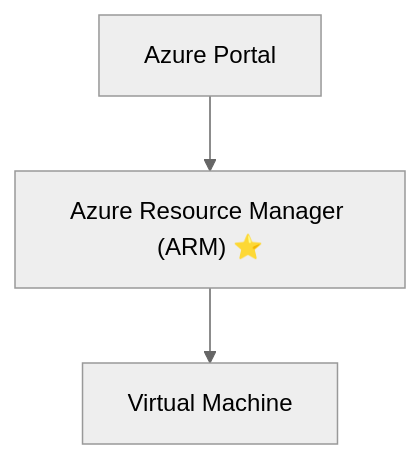
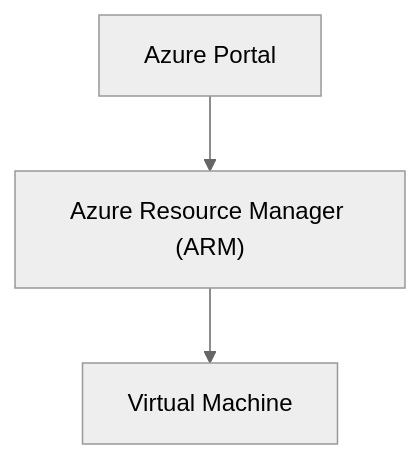
One commit to zhyordanova/azure-fundamentals-handbook changed the diagram in docs/02-azure-architecture/10-azure-resource-manager.md. Above: the diagram before and after it, drawn with Mermaid (neutral theme).

Commit message:
chore: fix diagram

````diff
--- a/docs/02-azure-architecture/10-azure-resource-manager.md
+++ b/docs/02-azure-architecture/10-azure-resource-manager.md
@@ -25,8 +25,8 @@
 ```mermaid
 flowchart TD
     Portal["Azure Portal"]
-    ARM["Azure Resource Manager (ARM) ⭐"]
+    ARM["Azure Resource Manager (ARM)"]
     VM["Virtual Machine"]
 
     Portal --> ARM --> VM
 ```
````
